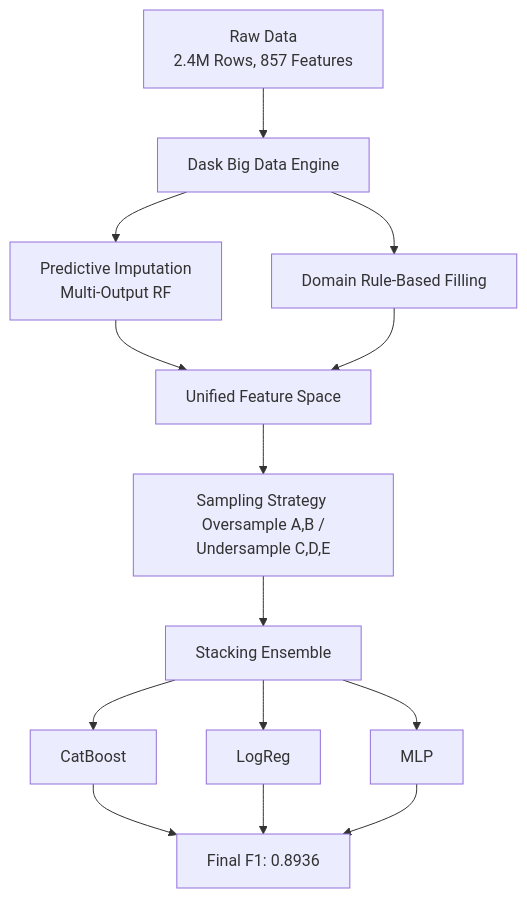
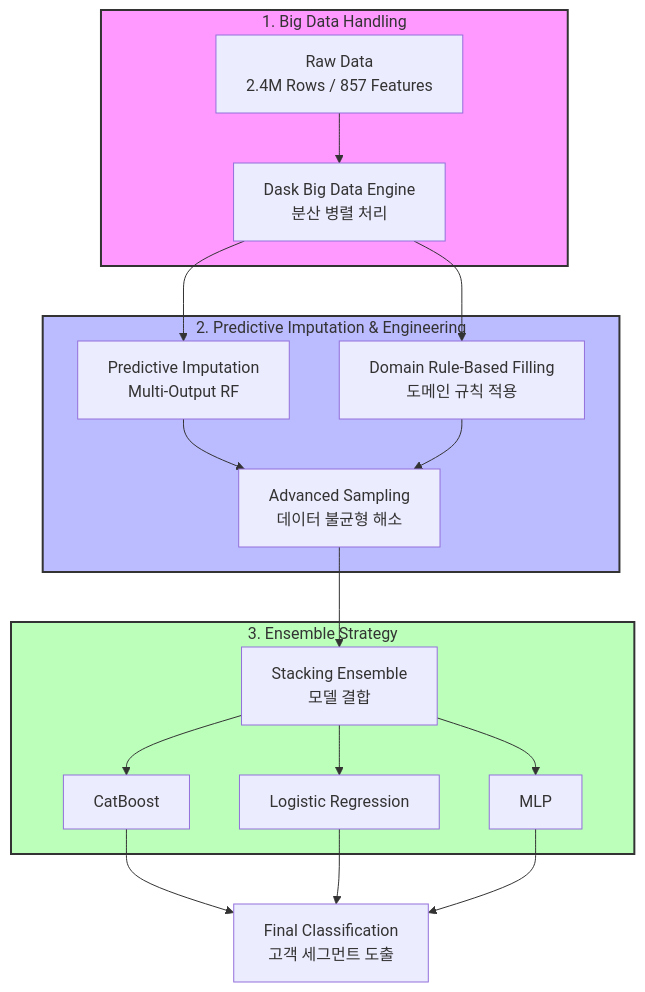
Before and after one commit to junhyung-L/Credit-Card-Customer-Segment-Classification-AI-Competition: the diagram in README.md, drawn with Mermaid.

Commit message:
docs: Strengthen narrative flow and story in README

````diff
--- a/README.md
+++ b/README.md
@@ -35,21 +35,25 @@
 ```mermaid
 graph TD
-    A[Raw Data <br> 2.4M Rows, 857 Features] --> B[Dask Big Data Engine]
-    B --> C[Predictive Imputation <br> Multi-Output RF]
-    B --> D[Domain Rule-Based Filling]
-    
-    C --> E[Unified Feature Space]
-    D --> E
-    
-    E --> F[Sampling Strategy <br> Oversample A,B / Undersample C,D,E]
-    
-    F --> G[Stacking Ensemble]
-    
-    G --> H[CatBoost]
-    G --> I[LogReg]
-    G --> J[MLP]
-    
-    H --> K[Final F1: 0.8936]
-    I --> K
-    J --> K
+    subgraph Data_Scale [1. Big Data Handling]
+        A[Raw Data <br> 2.4M Rows / 857 Features] --> B[Dask Big Data Engine <br> 분산 병렬 처리]
+    end
+
+    subgraph Preprocessing_Eng [2. Predictive Imputation & Engineering]
+        B --> C[Predictive Imputation <br> Multi-Output RF]
+        B --> D[Domain Rule-Based Filling <br> 도메인 규칙 적용]
+        C & D --> E[Advanced Sampling <br> 데이터 불균형 해소]
+    end
+
+    subgraph Modeling_Stage [3. Ensemble Strategy]
+        E --> F[Stacking Ensemble <br> 모델 결합]
+        F --> G[CatBoost]
+        F --> H[Logistic Regression]
+        F --> I[MLP]
+    end
+
+    G & H & I --> J[Final Classification <br> 고객 세그먼트 도출]
+
+    style Data_Scale fill:#f9f,stroke:#333,stroke-width:2px
+    style Preprocessing_Eng fill:#bbf,stroke:#333,stroke-width:2px
+    style Modeling_Stage fill:#bfb,stroke:#333,stroke-width:2px
 ```
````
